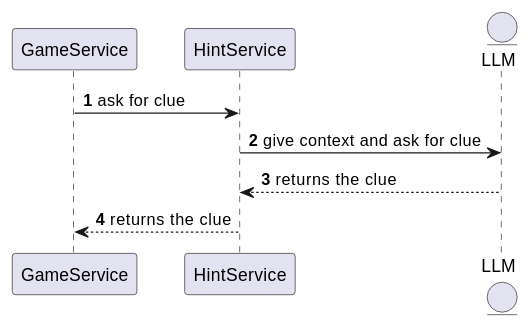
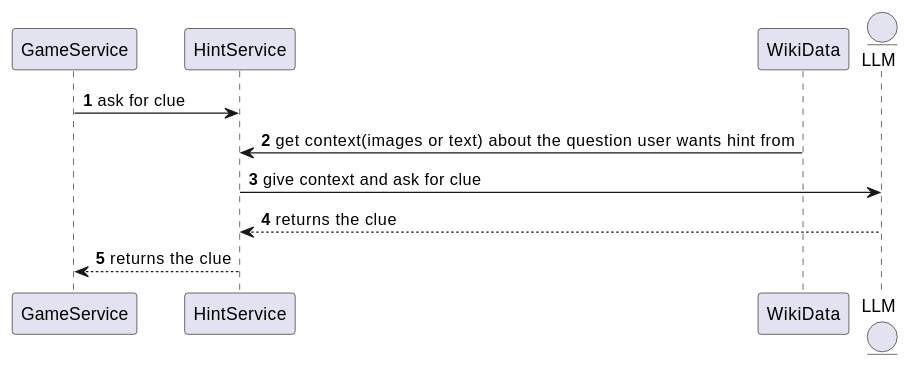
The fifth of 5 diagrams in docs/src/06_runtime_view.adoc (Arquisoft/wichat_en3a), drawn with PlantUML before and after one commit.

```diff
--- a/docs/src/06_runtime_view.adoc
+++ b/docs/src/06_runtime_view.adoc
@@ -165,12 +165,14 @@
 [plantuml,"Hint generation diagram",png]
 ----
 autonumber
 participant GameService
 participant HintService
+participant WikiData
 entity LLM
 
 GameService -> HintService: ask for clue
+WikiData -> HintService : get context(images or text) about the question user wants hint from
 HintService -> LLM: give context and ask for clue
 LLM --> HintService: returns the clue
 HintService --> GameService: returns the clue
 ----
```
